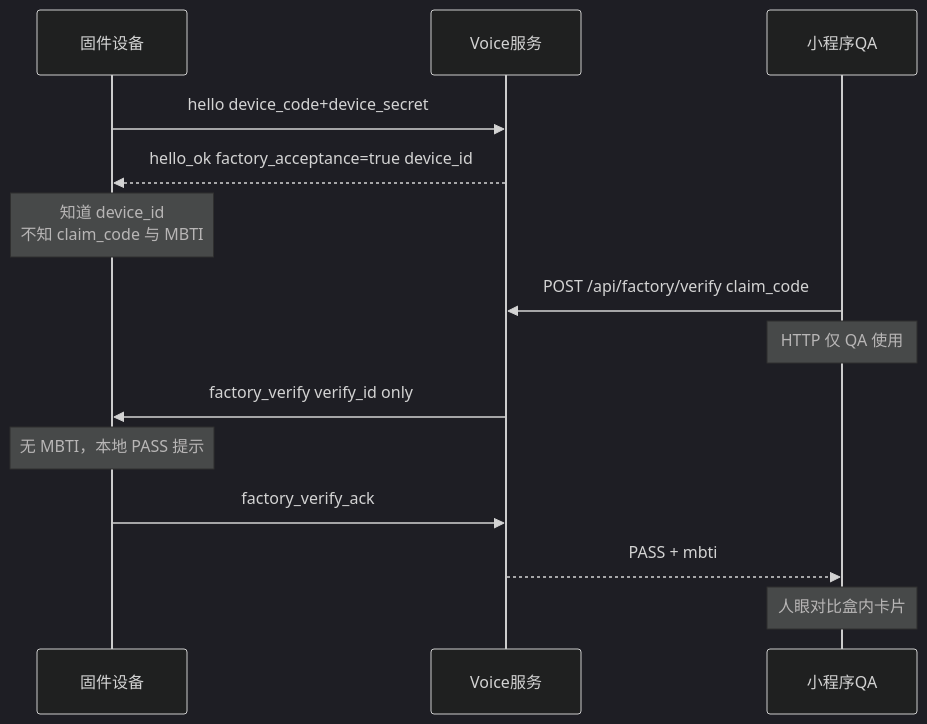
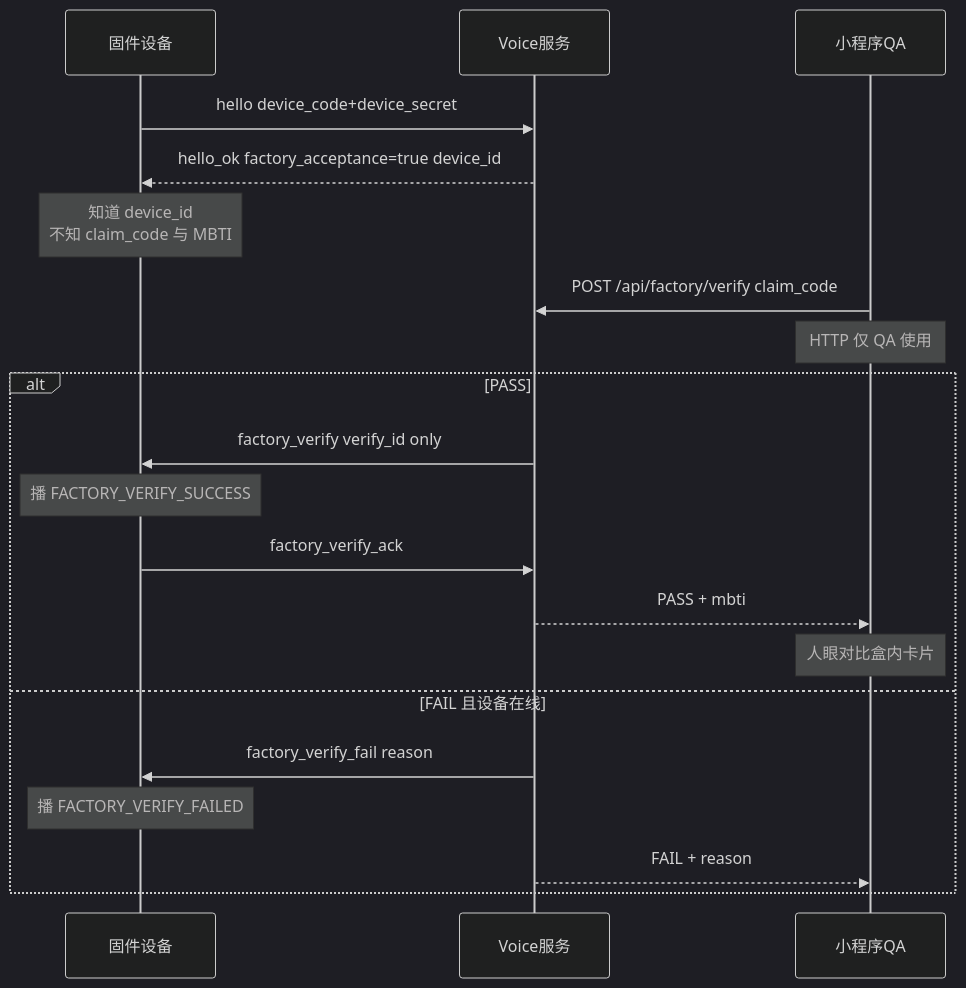
One commit to pureheartrobotics/shuxin changed the first of 2 diagrams in docs/FACTORY_ACCEPTANCE_HANDOFF.md. Above: the diagram before and after it, drawn with Mermaid (dark theme). The commit also changed other lines of this file and 12 other files, not shown here.

First line of the commit message:
feat(factory): 新增出厂验证提示音与 factory_verify_fail 协议

````diff
--- a/docs/FACTORY_ACCEPTANCE_HANDOFF.md
+++ b/docs/FACTORY_ACCEPTANCE_HANDOFF.md
@@ -42,17 +44,23 @@
 ```mermaid
 sequenceDiagram
     participant HW as 固件设备
     participant WS as Voice服务
     participant QA as 小程序QA
 
     HW->>WS: hello device_code+device_secret
     WS-->>HW: hello_ok factory_acceptance=true device_id
     Note over HW: 知道 device_id<br/>不知 claim_code 与 MBTI
     QA->>WS: POST /api/factory/verify claim_code
     Note over QA: HTTP 仅 QA 使用
-    WS->>HW: factory_verify verify_id only
-    Note over HW: 无 MBTI，本地 PASS 提示
-    HW->>WS: factory_verify_ack
-    WS-->>QA: PASS + mbti
-    Note over QA: 人眼对比盒内卡片
+    alt PASS
+        WS->>HW: factory_verify verify_id only
+        Note over HW: 播 FACTORY_VERIFY_SUCCESS
+        HW->>WS: factory_verify_ack
+        WS-->>QA: PASS + mbti
+        Note over QA: 人眼对比盒内卡片
+    else FAIL 且设备在线
+        WS->>HW: factory_verify_fail reason
+        Note over HW: 播 FACTORY_VERIFY_FAILED
+        WS-->>QA: FAIL + reason
+    end
 ```
````
